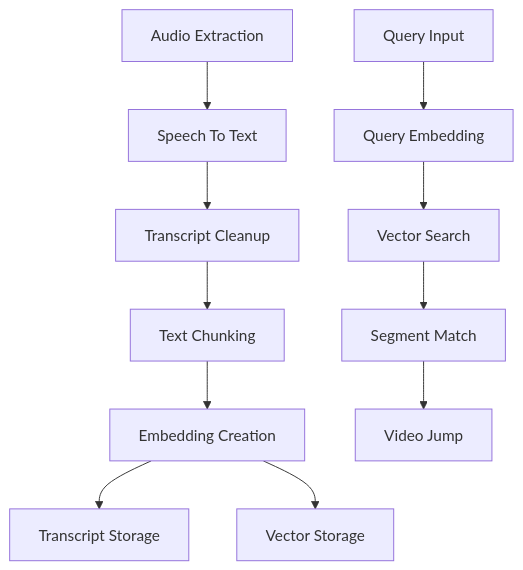
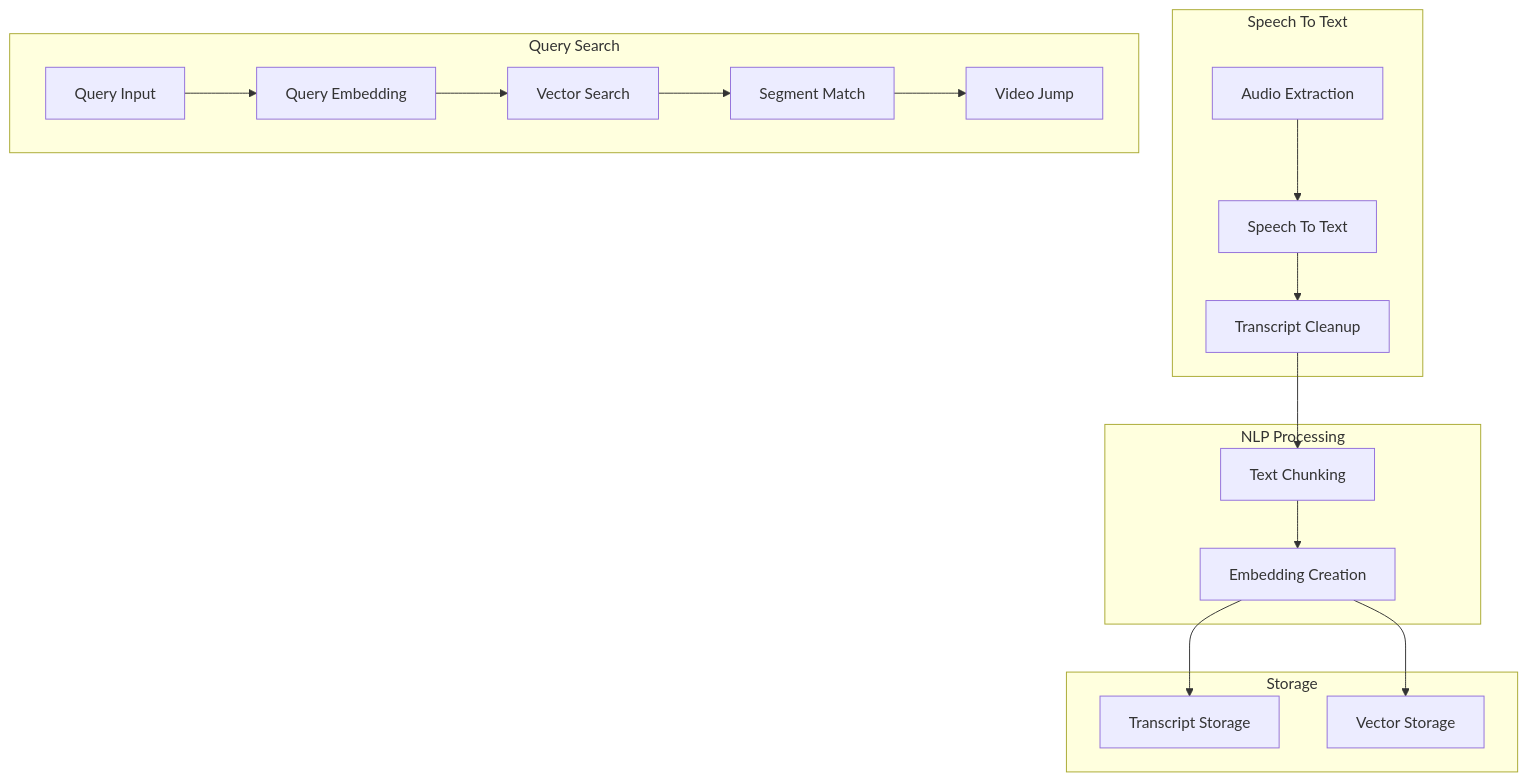
The diagram in diagrams/aegis-architecture.md (kishoredb/kishoredb-research), drawn with Mermaid before and after one commit.

````diff
--- a/diagrams/aegis-architecture.md
+++ b/diagrams/aegis-architecture.md
@@ -1,23 +1,37 @@
 ```mermaid
 flowchart TD
 
-    A1[Audio Extraction]
-    A2[Speech To Text]
-    A3[Transcript Cleanup]
-    A4[Text Chunking]
-    A5[Embedding Creation]
-    A6[Transcript Storage]
-    A7[Vector Storage]
+    %% AEGIS.STT group
+    subgraph STT [Speech To Text]
+        A1[Audio Extraction]
+        A2[Speech To Text]
+        A3[Transcript Cleanup]
+    end
 
-    Q1[Query Input]
-    Q2[Query Embedding]
-    Q3[Vector Search]
-    Q4[Segment Match]
-    Q5[Video Jump]
+    %% AEGIS.NLP group
+    subgraph NLP [NLP Processing]
+        A4[Text Chunking]
+        A5[Embedding Creation]
+    end
+
+    %% AEGIS.Storage group
+    subgraph STORAGE [Storage]
+        A6[Transcript Storage]
+        A7[Vector Storage]
+    end
+
+    %% AEGIS.Search group
+    subgraph SEARCH [Query Search]
+        Q1[Query Input]
+        Q2[Query Embedding]
+        Q3[Vector Search]
+        Q4[Segment Match]
+        Q5[Video Jump]
+    end
 
     A1 --> A2 --> A3 --> A4 --> A5
     A5 --> A6
     A5 --> A7
 
     Q1 --> Q2 --> Q3 --> Q4 --> Q5
 ```
````
